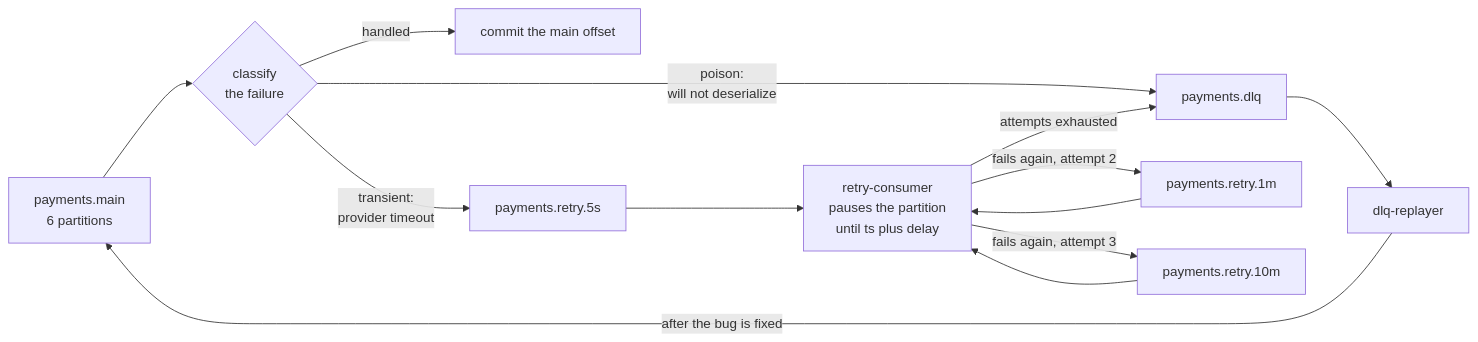
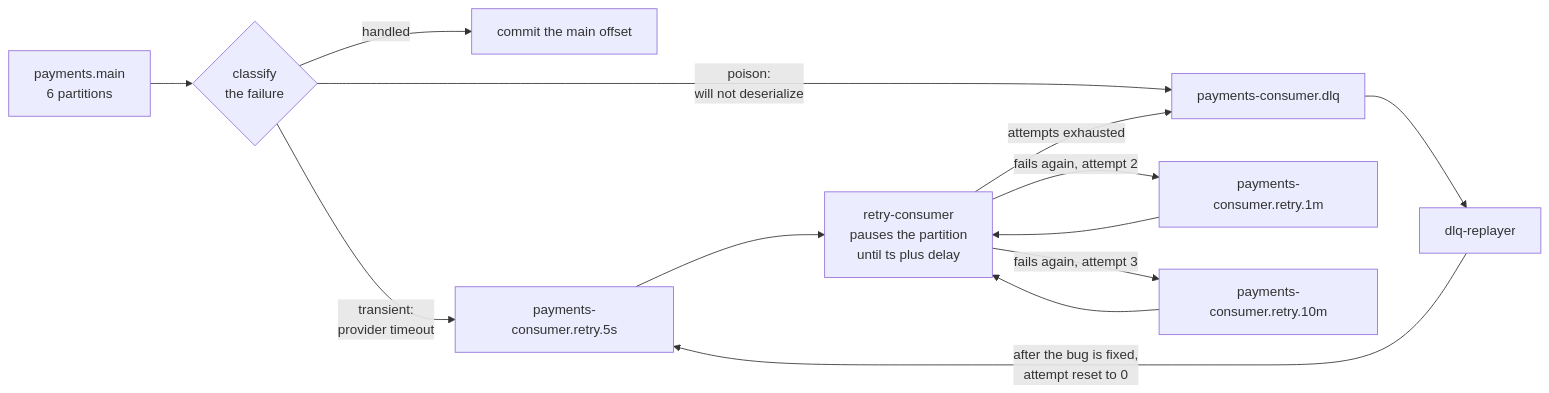
The second of 3 diagrams in docs/static/07-retry-dlq.md (DmytroLysenko1/Kafka-lab), drawn with Mermaid before and after one commit. The commit also changed other lines of this file and 7 other files, not shown here.

First line of the commit message:
tied the retry and dead-letter docs to the consumer group

````diff
--- a/docs/static/07-retry-dlq.md
+++ b/docs/static/07-retry-dlq.md
@@ -42,18 +42,18 @@
 ```mermaid
 flowchart LR
     M["payments.main<br/>6 partitions"] --> H{"classify<br/>the failure"}
 
     H -->|"handled"| OK["commit the main offset"]
-    H -->|"transient:<br/>provider timeout"| R5["payments.retry.5s"]
-    H -->|"poison:<br/>will not deserialize"| D["payments.dlq"]
+    H -->|"transient:<br/>provider timeout"| R5["payments-consumer.retry.5s"]
+    H -->|"poison:<br/>will not deserialize"| D["payments-consumer.dlq"]
 
     R5 --> RC["retry-consumer<br/>pauses the partition<br/>until ts plus delay"]
-    RC -->|"fails again, attempt 2"| R1["payments.retry.1m"]
+    RC -->|"fails again, attempt 2"| R1["payments-consumer.retry.1m"]
     R1 --> RC
-    RC -->|"fails again, attempt 3"| R10["payments.retry.10m"]
+    RC -->|"fails again, attempt 3"| R10["payments-consumer.retry.10m"]
     R10 --> RC
     RC -->|"attempts exhausted"| D
 
     D --> RP["dlq-replayer"]
-    RP -->|"after the bug is fixed"| M
+    RP -->|"after the bug is fixed,<br/>attempt reset to 0"| R5
 ```
````
